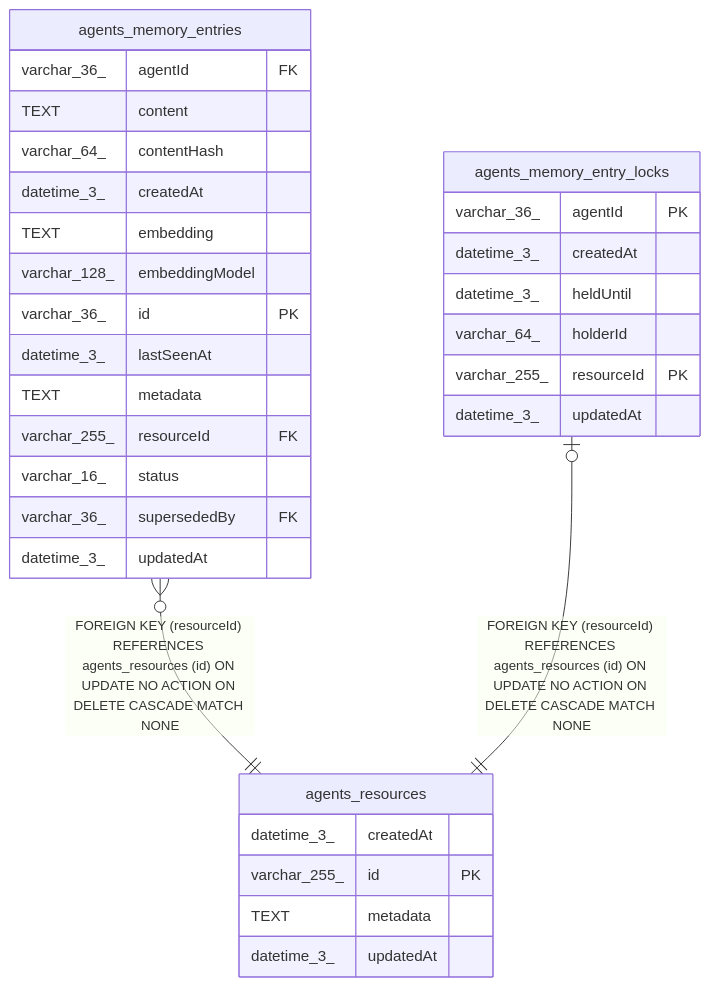
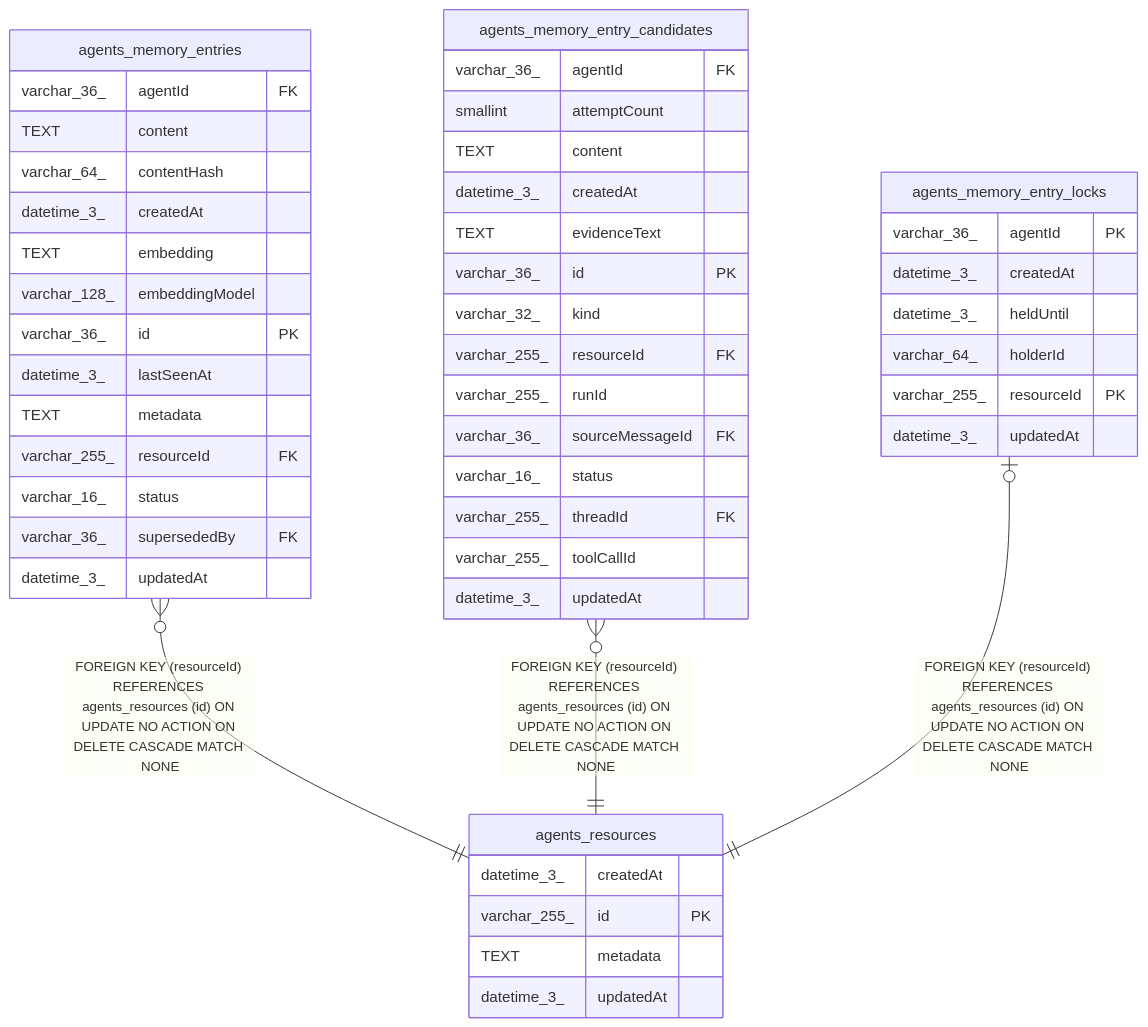
The diagram in universal-plugin/backend/oss/n8n/docs/generated/sqlite-schema/agents_resources.md (Tanishq-1/all-global-plugin), drawn with Mermaid before and after one commit. The commit also changed other lines of this file and 3199 other files, not shown here.

````diff
--- a/universal-plugin/backend/oss/n8n/docs/generated/sqlite-schema/agents_resources.md
+++ b/universal-plugin/backend/oss/n8n/docs/generated/sqlite-schema/agents_resources.md
@@ -38,36 +38,53 @@
 ```mermaid
 erDiagram
 
 "agents_memory_entries" }o--|| "agents_resources" : "FOREIGN KEY (resourceId) REFERENCES agents_resources (id) ON UPDATE NO ACTION ON DELETE CASCADE MATCH NONE"
+"agents_memory_entry_candidates" }o--|| "agents_resources" : "FOREIGN KEY (resourceId) REFERENCES agents_resources (id) ON UPDATE NO ACTION ON DELETE CASCADE MATCH NONE"
 "agents_memory_entry_locks" |o--|| "agents_resources" : "FOREIGN KEY (resourceId) REFERENCES agents_resources (id) ON UPDATE NO ACTION ON DELETE CASCADE MATCH NONE"
 
 "agents_resources" {
   datetime_3_ createdAt
   varchar_255_ id PK
   TEXT metadata
   datetime_3_ updatedAt
 }
 "agents_memory_entries" {
   varchar_36_ agentId FK
   TEXT content
   varchar_64_ contentHash
   datetime_3_ createdAt
   TEXT embedding
   varchar_128_ embeddingModel
   varchar_36_ id PK
   datetime_3_ lastSeenAt
   TEXT metadata
   varchar_255_ resourceId FK
   varchar_16_ status
   varchar_36_ supersededBy FK
   datetime_3_ updatedAt
 }
+"agents_memory_entry_candidates" {
+  varchar_36_ agentId FK
+  smallint attemptCount
+  TEXT content
+  datetime_3_ createdAt
+  TEXT evidenceText
+  varchar_36_ id PK
+  varchar_32_ kind
+  varchar_255_ resourceId FK
+  varchar_255_ runId
+  varchar_36_ sourceMessageId FK
+  varchar_16_ status
+  varchar_255_ threadId FK
+  varchar_255_ toolCallId
+  datetime_3_ updatedAt
+}
 "agents_memory_entry_locks" {
   varchar_36_ agentId PK
   datetime_3_ createdAt
   datetime_3_ heldUntil
   varchar_64_ holderId
   varchar_255_ resourceId PK
   datetime_3_ updatedAt
 }
 ```
````
